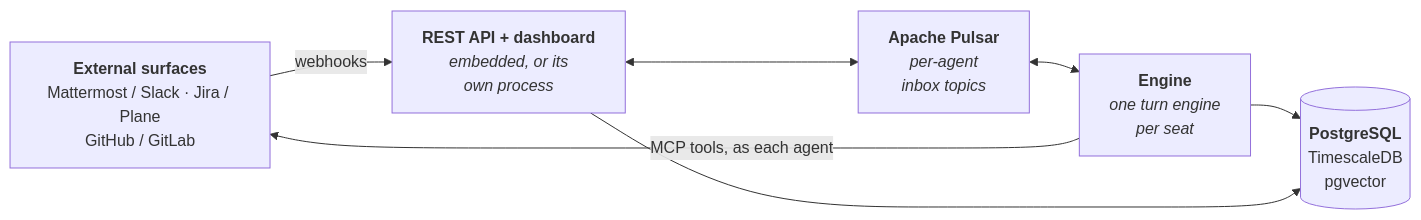
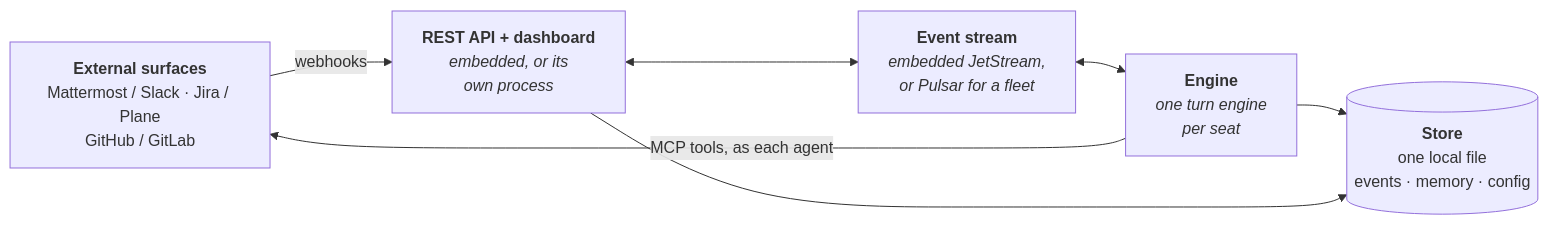
Before and after one commit to crewlet/crewlet: the second of 2 diagrams in README.md, drawn with Mermaid. The commit also changed other lines of this file, not shown here.

````diff
--- a/README.md
+++ b/README.md
@@ -200,15 +210,15 @@
 ```mermaid
 flowchart LR
     EXT["<b>External surfaces</b><br/>Mattermost / Slack · Jira / Plane<br/>GitHub / GitLab"]
     API["<b>REST API + dashboard</b><br/><i>embedded, or its<br/>own process</i>"]
-    Q["<b>Apache Pulsar</b><br/><i>per-agent<br/>inbox topics</i>"]
+    Q["<b>Event stream</b><br/><i>embedded JetStream,<br/>or Pulsar for a fleet</i>"]
     ENG["<b>Engine</b><br/><i>one turn engine<br/>per seat</i>"]
-    DB[("<b>PostgreSQL</b><br/>TimescaleDB<br/>pgvector")]
+    DB[("<b>Store</b><br/>one local file<br/>events · memory · config")]
 
     EXT -->|webhooks| API
     API <--> Q
     Q <--> ENG
     ENG -->|"MCP tools, as each agent"| EXT
     ENG --> DB
     API --> DB
 ```
````
